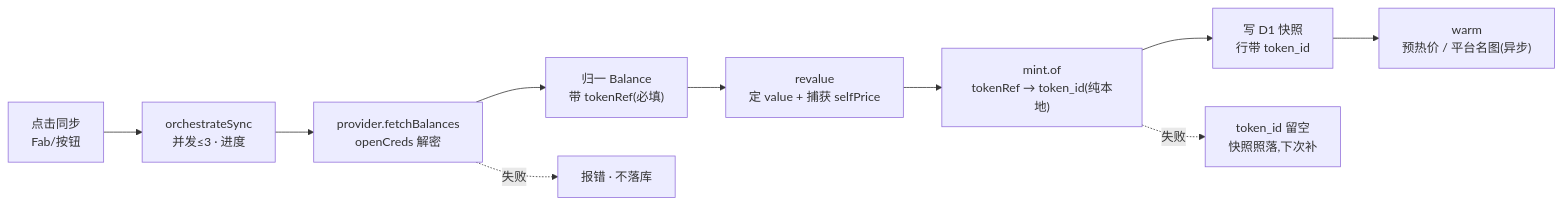
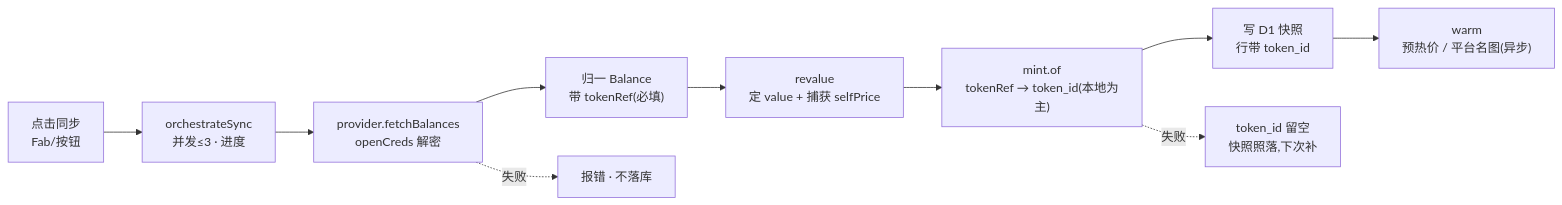
One commit to x0finch/folio2 changed the first of 2 diagrams in docs/architecture/01-data-flow.md. Above: the diagram before and after it, drawn with Mermaid. The commit also changed other lines of this file and 1 other file, not shown here.

First line of the commit message:
docs(architecture): scope the "mint never hits the network" claim

````diff
--- a/docs/architecture/01-data-flow.md
+++ b/docs/architecture/01-data-flow.md
@@ -21,12 +21,12 @@
 ```mermaid
 flowchart LR
     U["点击同步<br/>Fab/按钮"] --> O["orchestrateSync<br/>并发≤3 · 进度"]
     O --> F["provider.fetchBalances<br/>openCreds 解密"]
     F --> N["归一 Balance<br/>带 tokenRef(必填)"]
     N --> RV["revalue<br/>定 value + 捕获 selfPrice"]
-    RV --> M["mint.of<br/>tokenRef → token_id(纯本地)"]
+    RV --> M["mint.of<br/>tokenRef → token_id(本地为主)"]
     M --> S["写 D1 快照<br/>行带 token_id"]
     F -.失败.-> E["报错 · 不落库"]
     M -.失败.-> M2["token_id 留空<br/>快照照落,下次补"]
     S --> W["warm<br/>预热价 / 平台名图(异步)"]
 ```
````
